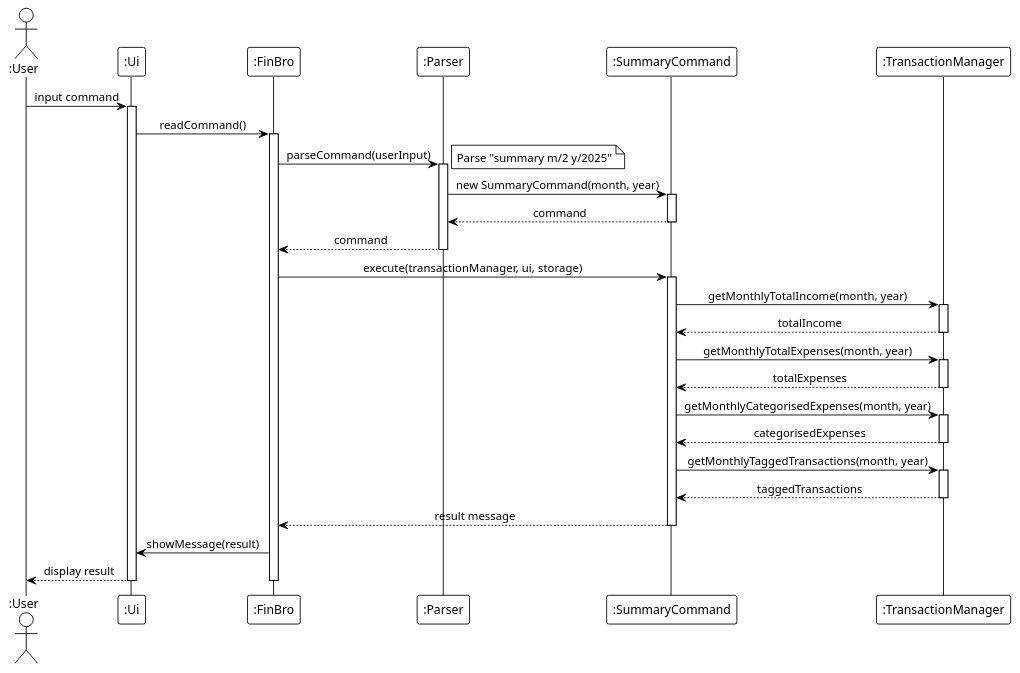
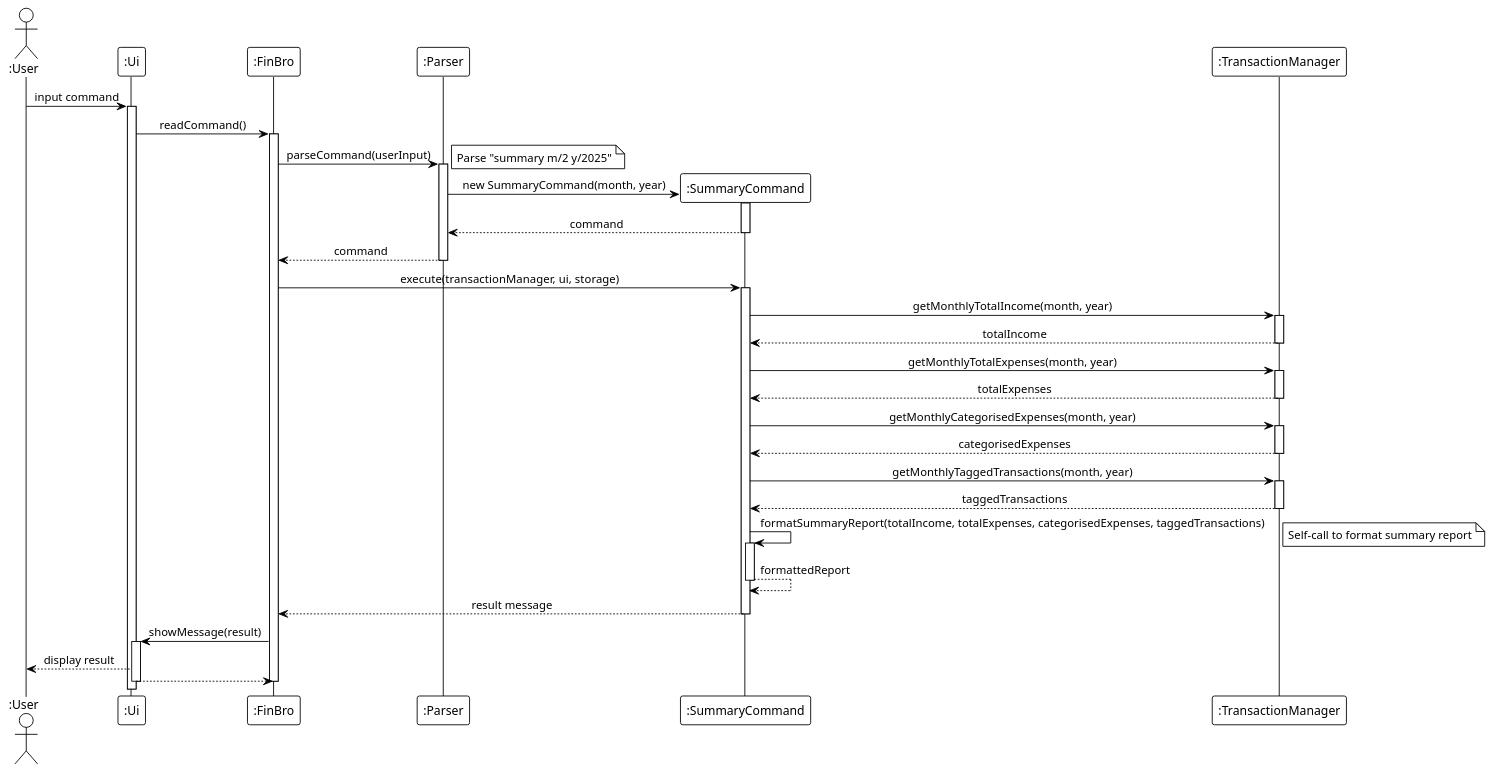
One commit to laitcanard05/tp changed the diagram in docs/diagrams/puml/sequence/sequence-summary.puml. Above: the diagram before and after it, drawn with PlantUML. The commit also changed 38 other files, not shown here.

```diff
--- a/docs/diagrams/puml/sequence/sequence-summary.puml
+++ b/docs/diagrams/puml/sequence/sequence-summary.puml
@@ -1,61 +1,71 @@
 @startuml
 !theme plain
 skinparam sequenceMessageAlign center
 skinparam responseMessageBelowArrow true
+skinparam lifelineStrategy nosolid
 
 actor ":User" as User
 participant ":Ui" as UI
 participant ":FinBro" as FinBro
 participant ":Parser" as Parser
 participant ":SummaryCommand" as SummaryCommand
 participant ":TransactionManager" as TransactionMgr
 
 User -> UI : input command
 activate UI
 
 UI -> FinBro : readCommand()
 activate FinBro
 
 FinBro -> Parser : parseCommand(userInput)
 activate Parser
 note right: Parse "summary m/2 y/2025"
 
+create SummaryCommand
 Parser -> SummaryCommand : new SummaryCommand(month, year)
 activate SummaryCommand
 SummaryCommand --> Parser : command
 deactivate SummaryCommand
 Parser --> FinBro : command
 deactivate Parser
 
 FinBro -> SummaryCommand : execute(transactionManager, ui, storage)
 activate SummaryCommand
 
 SummaryCommand -> TransactionMgr : getMonthlyTotalIncome(month, year)
 activate TransactionMgr
 TransactionMgr --> SummaryCommand : totalIncome
 deactivate TransactionMgr
 
 SummaryCommand -> TransactionMgr : getMonthlyTotalExpenses(month, year)
 activate TransactionMgr
 TransactionMgr --> SummaryCommand : totalExpenses
 deactivate TransactionMgr
 
 SummaryCommand -> TransactionMgr : getMonthlyCategorisedExpenses(month, year)
 activate TransactionMgr
 TransactionMgr --> SummaryCommand : categorisedExpenses
 deactivate TransactionMgr
 
 SummaryCommand -> TransactionMgr : getMonthlyTaggedTransactions(month, year)
 activate TransactionMgr
 TransactionMgr --> SummaryCommand : taggedTransactions
 deactivate TransactionMgr
 
+SummaryCommand -> SummaryCommand : formatSummaryReport(totalIncome, totalExpenses, categorisedExpenses, taggedTransactions)
+activate SummaryCommand
+note right: Self-call to format summary report
+SummaryCommand --> SummaryCommand : formattedReport
+deactivate SummaryCommand
+
 SummaryCommand --> FinBro : result message
 deactivate SummaryCommand
 
 FinBro -> UI : showMessage(result)
+activate UI
 UI --> User : display result
+UI --> FinBro
 deactivate UI
 deactivate FinBro
 
 @enduml
```
